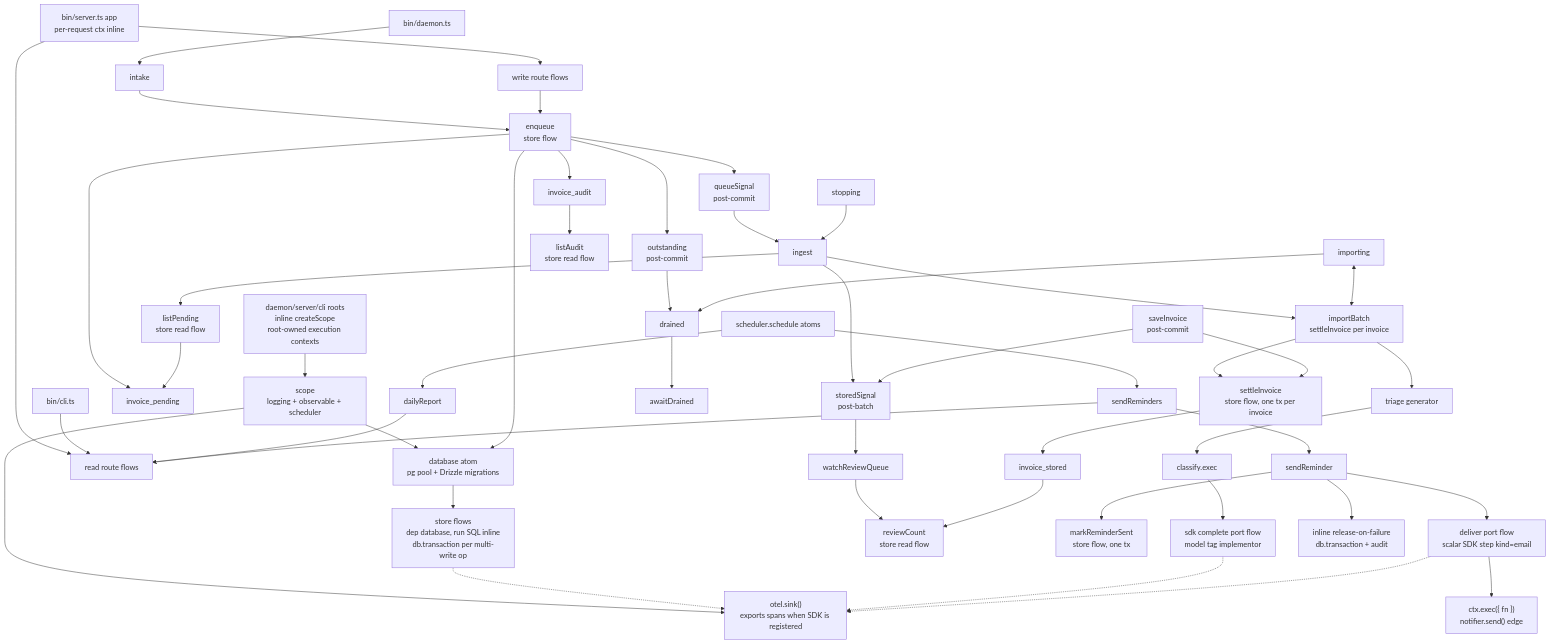
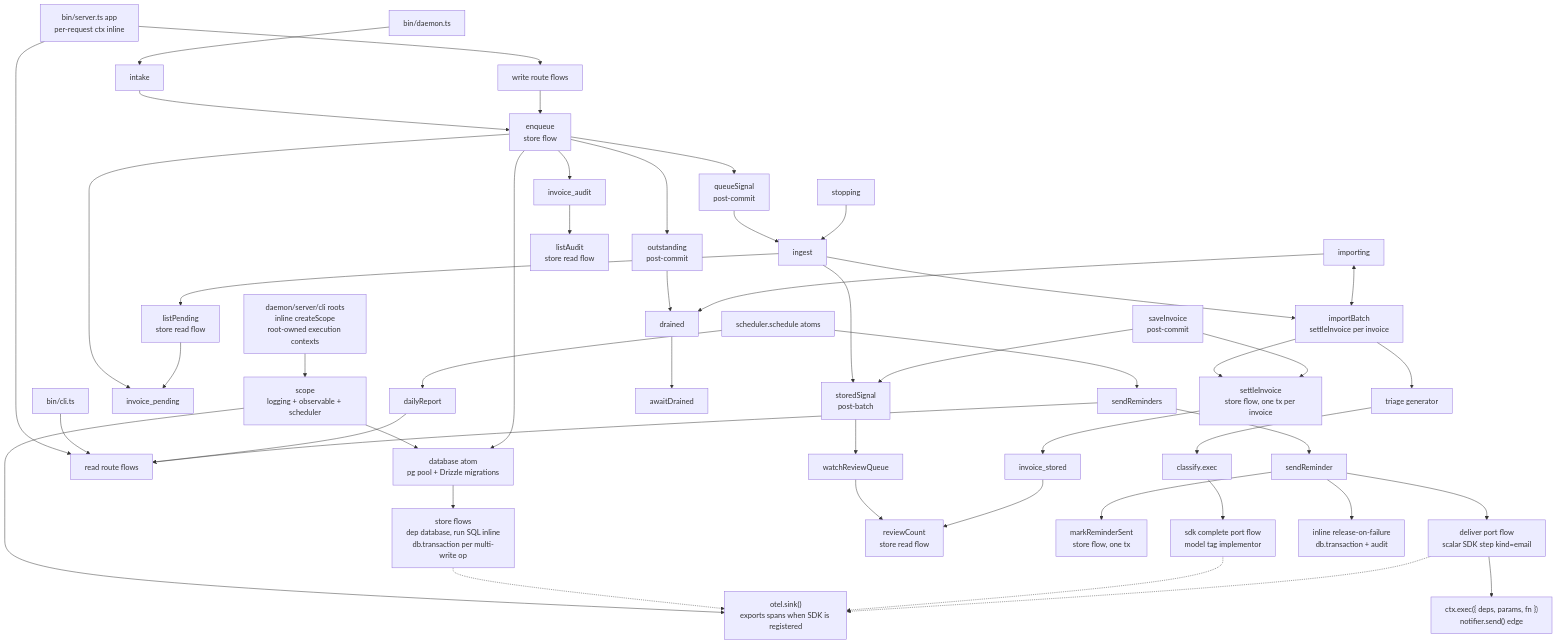
One commit to pumped-fn/pumped-fn changed the diagram in examples/invoice-triage/README.md. Above: the diagram before and after it, drawn with Mermaid. The commit also changed other lines of this file and 220 other files, not shown here.

````diff
--- a/examples/invoice-triage/README.md
+++ b/examples/invoice-triage/README.md
@@ -31,56 +31,56 @@
 ```mermaid
 flowchart TD
   Root["daemon/server/cli roots<br/>inline createScope<br/>root-owned execution contexts"] --> Scope["scope<br/>logging + observable + scheduler"]
   Scope --> OTel["otel.sink()<br/>exports spans when SDK is registered"]
   Scope --> DB["database atom<br/>pg pool + Drizzle migrations"]
   DB --> StoreFlows["store flows<br/>dep database, run SQL inline<br/>db.transaction per multi-write op"]
 
   Server["bin/server.ts app<br/>per-request ctx inline"] --> WriteRoute["write route flows"]
   Server --> ReadRoute["read route flows"]
   Cli["bin/cli.ts"] --> ReadRoute
   Daemon["bin/daemon.ts"] --> Intake["intake"]
 
   Intake --> Enqueue["enqueue<br/>store flow"]
   WriteRoute --> Enqueue
   Enqueue --> DB
   Enqueue --> Pending["invoice_pending"]
   Enqueue --> Audit["invoice_audit"]
   Enqueue --> Outstanding["outstanding<br/>post-commit"]
   Enqueue --> QueueSignal["queueSignal<br/>post-commit"]
 
   QueueSignal --> Ingest["ingest"]
   Stopping["stopping"] --> Ingest
   Ingest --> Peek["listPending<br/>store read flow"]
   Peek --> Pending
   Ingest --> Batch["importBatch<br/>settleInvoice per invoice"]
   Importing["importing"] <--> Batch
   Batch --> Triage["triage generator"]
   Triage --> Classify["classify.exec"]
   Classify --> Complete["sdk complete port flow<br/>model tag implementor"]
   Batch --> Settle["settleInvoice<br/>store flow, one tx per invoice"]
   Settle --> Stored["invoice_stored"]
   Ingest --> StoredSignal["storedSignal<br/>post-batch"]
   SaveOwner["saveInvoice<br/>post-commit"] --> Settle
   SaveOwner --> StoredSignal
 
   Outstanding --> Drained["drained"]
   Importing --> Drained
   Drained --> Await["awaitDrained"]
   StoredSignal --> Ops["watchReviewQueue"]
   Ops --> Review["reviewCount<br/>store read flow"]
   Stored --> Review
   Audit --> AuditRead["listAudit<br/>store read flow"]
 
   Scheduler["scheduler.schedule atoms"] --> Report["dailyReport"]
   Scheduler --> Reminders["sendReminders"]
   Report --> ReadRoute
   Reminders --> ReadRoute
   Reminders --> SendOne["sendReminder"]
   SendOne --> Claim["markReminderSent<br/>store flow, one tx"]
   SendOne --> Deliver["deliver port flow<br/>scalar SDK step kind=email"]
   SendOne --> Release["inline release-on-failure<br/>db.transaction + audit"]
-  Deliver --> Notifier["ctx.exec({ fn })<br/>notifier.send() edge"]
+  Deliver --> Notifier["ctx.exec({ deps, params, fn })<br/>notifier.send() edge"]
   StoreFlows -.-> OTel
   Complete -.-> OTel
   Deliver -.-> OTel
 ```
````
